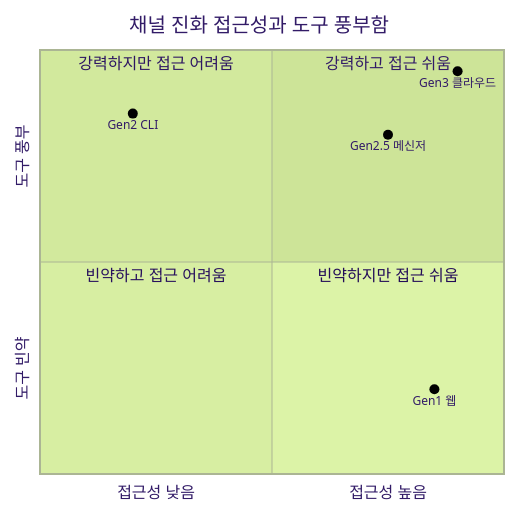
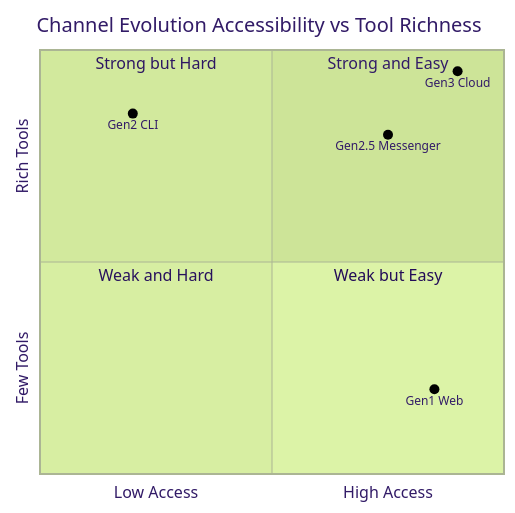
One commit to opobull/withintrend changed the second of 2 diagrams in content/posts/2026-04-30-channel-evolution-of-ai-harness.md. Above: the diagram before and after it, drawn with Mermaid (forest theme). The commit also changed other lines of this file and 13 other files, not shown here.

Commit message:
Use English labels in Mermaid diagrams to avoid Korean parser issues

````diff
--- a/content/posts/2026-04-30-channel-evolution-of-ai-harness.md
+++ b/content/posts/2026-04-30-channel-evolution-of-ai-harness.md
@@ -57,14 +57,14 @@
 ```mermaid
 quadrantChart
-    title 채널 진화 접근성과 도구 풍부함
-    x-axis 접근성 낮음 --> 접근성 높음
-    y-axis 도구 빈약 --> 도구 풍부
-    quadrant-1 강력하고 접근 쉬움
-    quadrant-2 강력하지만 접근 어려움
-    quadrant-3 빈약하고 접근 어려움
-    quadrant-4 빈약하지만 접근 쉬움
-    Gen1 웹: [0.85, 0.20]
+    title Channel Evolution Accessibility vs Tool Richness
+    x-axis Low Access --> High Access
+    y-axis Few Tools --> Rich Tools
+    quadrant-1 Strong and Easy
+    quadrant-2 Strong but Hard
+    quadrant-3 Weak and Hard
+    quadrant-4 Weak but Easy
+    Gen1 Web: [0.85, 0.20]
     Gen2 CLI: [0.20, 0.85]
-    Gen2.5 메신저: [0.75, 0.80]
-    Gen3 클라우드: [0.90, 0.95]
+    Gen2.5 Messenger: [0.75, 0.80]
+    Gen3 Cloud: [0.90, 0.95]
 ```
````
